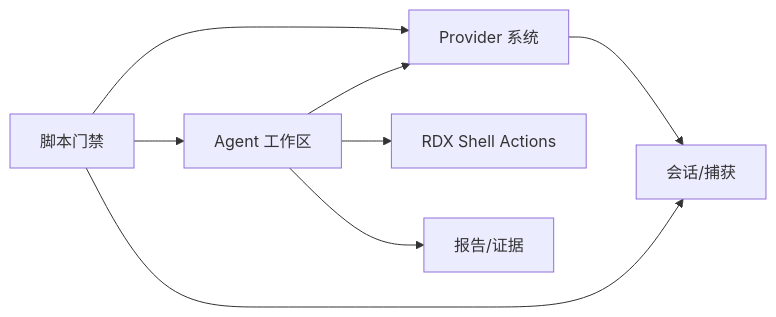
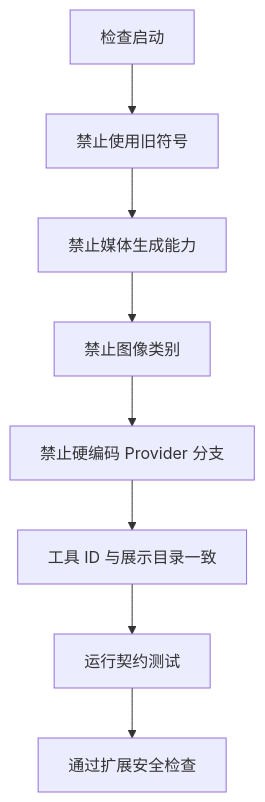
The seventh of 7 diagrams in .qoder/repowiki/zh/content/扩展开发/扩展开发.md (haolange/RDC-Agent), drawn with Mermaid before and after one commit. The commit also changed other lines of this file and 356 other files, not shown here.

````diff
--- a/.qoder/repowiki/zh/content/扩展开发/扩展开发.md
+++ b/.qoder/repowiki/zh/content/扩展开发/扩展开发.md
@@ -237,10 +408,10 @@
 ```mermaid
-graph LR
-A["Agent 工作区"] --> B["Provider 系统"]
-A --> C["RDX Shell Actions"]
-B --> D["会话/捕获"]
-A --> E["报告/证据"]
-F["脚本门禁"] --> B
-F --> A
-F --> D
+flowchart TD
+    CheckStart["检查启动"] --> NoForbiddenSymbols["禁止使用旧符号"]
+    NoForbiddenSymbols --> NoMediaCapabilities["禁止媒体生成能力"]
+    NoMediaCapabilities --> NoImageCategory["禁止图像类别"]
+    NoImageCategory --> NoHardcodedBranches["禁止硬编码 Provider 分支"]
+    NoHardcodedBranches --> ToolIntegrity["工具 ID 与展示目录一致"]
+    ToolIntegrity --> ContractTests["运行契约测试"]
+    ContractTests --> Pass["通过扩展安全检查"]
 ```
````
